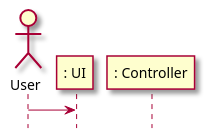
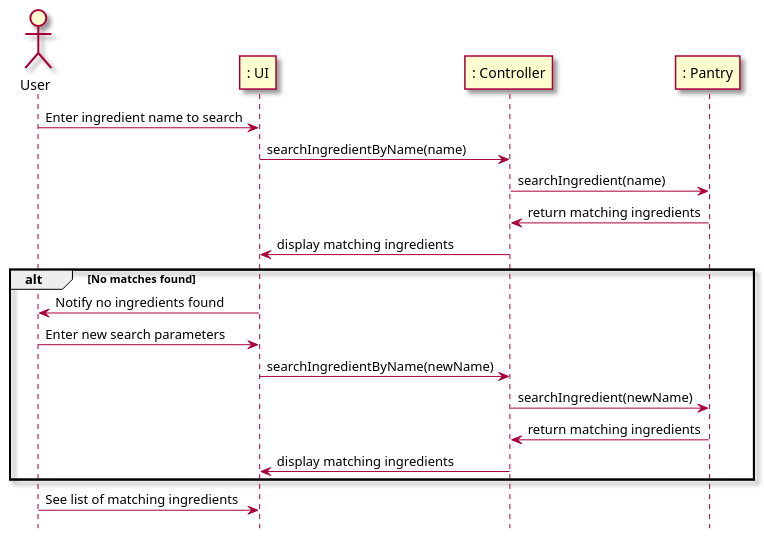
The second of 2 diagrams in intellij/doc/use-cases/search_ingredient.md (berthashipper/Pantry-Pal-Android-Application), drawn with PlantUML before and after one commit. The commit also changed 2 other files, not shown here.

Commit message:
Updated relevant use_cases

`````diff
--- a/intellij/doc/use-cases/search_ingredient.md
+++ b/intellij/doc/use-cases/search_ingredient.md
@@ -63,16 +63,31 @@
 ```plantuml
 @startuml
 skin rose
 
 hide footbox
 
 actor User as user
 participant ": UI" as ui
 participant ": Controller" as cont
+participant ": Pantry" as pantry
 
-user-> ui : 
+user -> ui : Enter ingredient name to search
+ui -> cont : searchIngredientByName(name)
+cont -> pantry : searchIngredient(name)
+pantry -> cont : return matching ingredients
+cont -> ui : display matching ingredients
 
+alt No matches found
+    ui -> user : Notify no ingredients found
+    user -> ui : Enter new search parameters
+    ui -> cont : searchIngredientByName(newName)
+    cont -> pantry : searchIngredient(newName)
+    pantry -> cont : return matching ingredients
+    cont -> ui : display matching ingredients
+end
+
+user -> ui : See list of matching ingredients
 
 
 @enduml
-````
+```
`````
